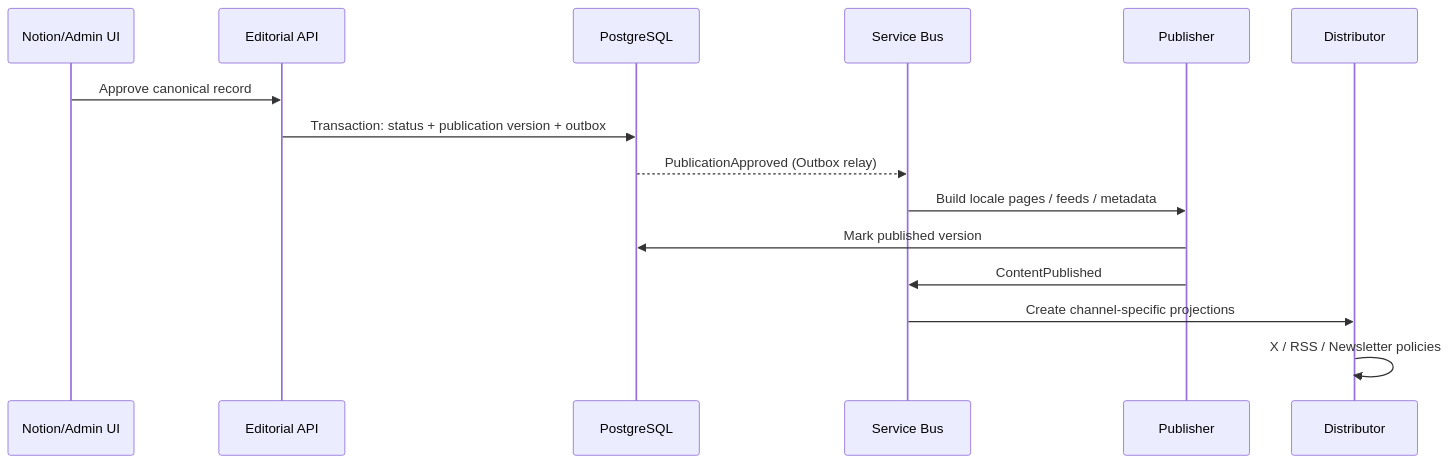
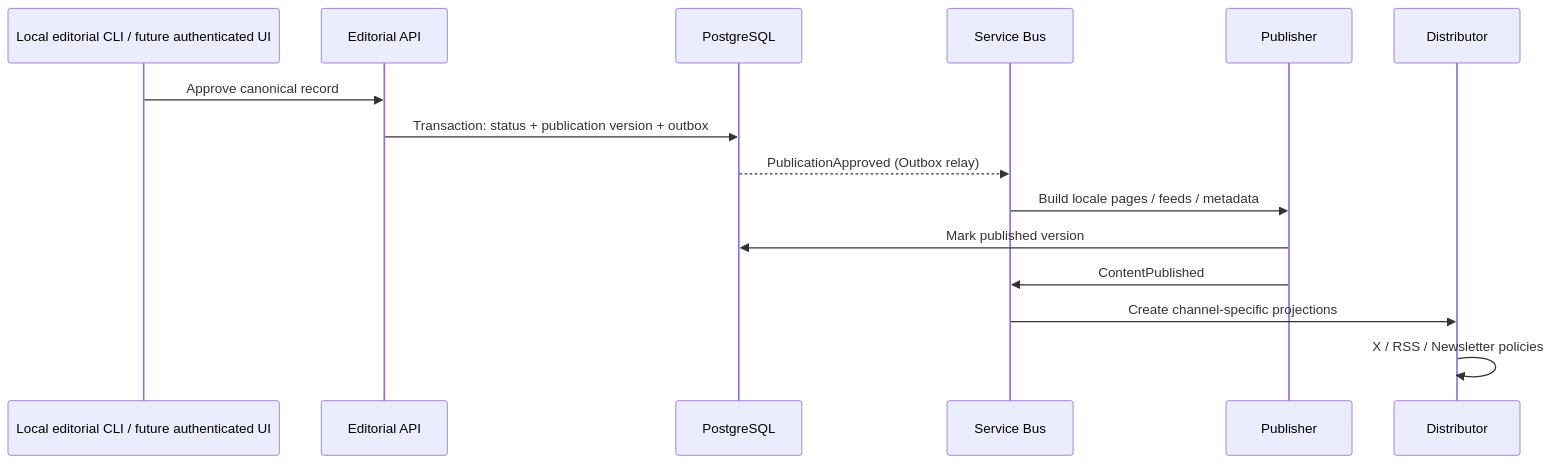
One commit to SynthesisWire/ai-news-platform changed the second of 2 diagrams in docs/architecture/05-editorial-publishing-flow.md. Above: the diagram before and after it, drawn with Mermaid. The commit also changed 20 other files, not shown here.

Commit message:
feat: add safe local source ingestion and human editorial workflow

````diff
--- a/docs/architecture/05-editorial-publishing-flow.md
+++ b/docs/architecture/05-editorial-publishing-flow.md
@@ -19,18 +19,18 @@
 ```mermaid
 sequenceDiagram
-    participant N as Notion/Admin UI
+    participant N as Local editorial CLI / future authenticated UI
     participant API as Editorial API
     participant DB as PostgreSQL
     participant Q as Service Bus
     participant P as Publisher
     participant D as Distributor
 
     N->>API: Approve canonical record
     API->>DB: Transaction: status + publication version + outbox
     DB-->>Q: PublicationApproved (Outbox relay)
     Q->>P: Build locale pages / feeds / metadata
     P->>DB: Mark published version
     P->>Q: ContentPublished
     Q->>D: Create channel-specific projections
     D->>D: X / RSS / Newsletter policies
 ```
````
